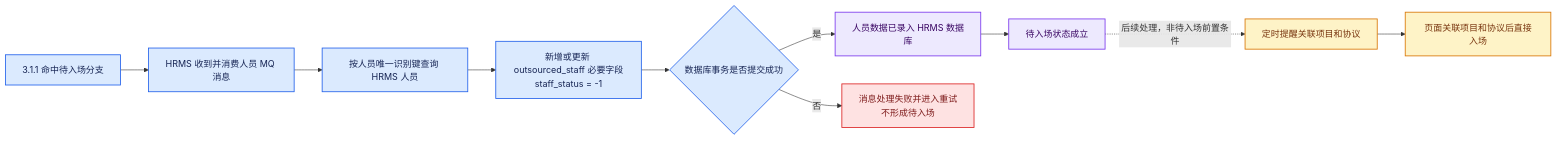
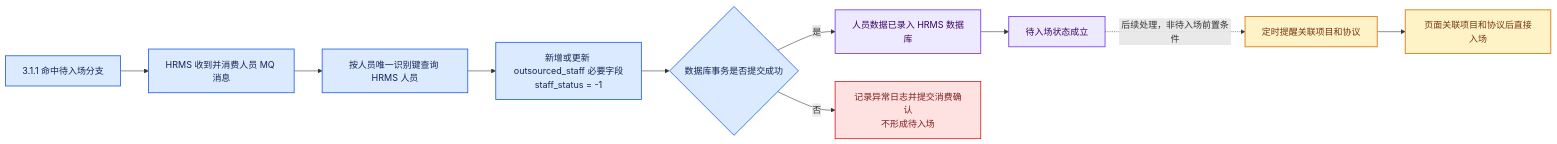
Before and after one commit to yunyunafyke-sketch/quartz-personal-blog: the second of 4 diagrams in content/公司项目（平时碰到的问题记录-方便运维）/hrms（大型人力资源外包管理系统）/需求-系分/3.用工模式调整0917/内部人员转外包用工系统需求-系分.md, drawn with Mermaid. The commit also changed other lines of this file and 10 other files, not shown here.

````diff
--- a/content/公司项目（平时碰到的问题记录-方便运维）/hrms（大型人力资源外包管理系统）/需求-系分/3.用工模式调整0917/内部人员转外包用工系统需求-系分.md
+++ b/content/公司项目（平时碰到的问题记录-方便运维）/hrms（大型人力资源外包管理系统）/需求-系分/3.用工模式调整0917/内部人员转外包用工系统需求-系分.md
@@ -215,21 +244,21 @@
 ```mermaid
 flowchart LR
     A[3.1.1 命中待入场分支] --> B[HRMS 收到并消费人员 MQ 消息]
     B --> C[按人员唯一识别键查询 HRMS 人员]
     C --> D[新增或更新 outsourced_staff 必要字段<br/>staff_status = -1]
     D --> E{数据库事务是否提交成功}
     E -->|是| F[人员数据已录入 HRMS 数据库]
     F --> G[待入场状态成立]
-    E -->|否| X[消息处理失败并进入重试<br/>不形成待入场]
+    E -->|否| X[记录异常日志并提交消费确认<br/>不形成待入场]
     G -. 后续处理，非待入场前置条件 .-> H[定时提醒关联项目和协议]
     H --> I[页面关联项目和协议后直接入场]
 
     classDef entry fill:#DBEAFE,stroke:#2563EB,color:#172554,stroke-width:1.5px;
     classDef waitEntry fill:#EDE9FE,stroke:#7C3AED,color:#3B0764,stroke-width:1.5px;
     classDef followup fill:#FEF3C7,stroke:#D97706,color:#78350F,stroke-width:1.5px;
     classDef failure fill:#FEE2E2,stroke:#DC2626,color:#7F1D1D,stroke-width:1.5px;
     class A,B,C,D,E entry;
     class F,G waitEntry;
     class H,I followup;
     class X failure;
 ```
````
